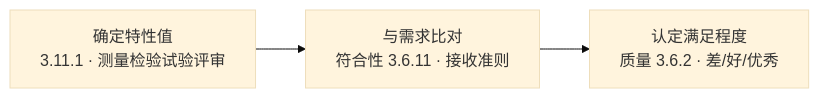
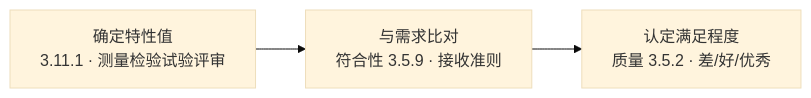
One commit to Yongjunzhou/AOS-system-design changed diagram 13 of 17 in 100-subprojects/01-系统工程研究/00-系统工程相关研究报告/01-设计开发概念研究报告-从需求到质量基座.md. Above: the diagram before and after it, drawn with Mermaid (base theme). The commit also changed other lines of this file and 38 other files, not shown here.

````diff
--- a/100-subprojects/01-系统工程研究/00-系统工程相关研究报告/01-设计开发概念研究报告-从需求到质量基座.md
+++ b/100-subprojects/01-系统工程研究/00-系统工程相关研究报告/01-设计开发概念研究报告-从需求到质量基座.md
@@ -584,5 +603,5 @@
 ```mermaid
 flowchart LR
-    A["确定特性值<br/>3.11.1 · 测量检验试验评审"] --> B["与需求比对<br/>符合性 3.6.11 · 接收准则"]
-    B --> C["认定满足程度<br/>质量 3.6.2 · 差/好/优秀"]
+    A["确定特性值<br/>3.11.1 · 测量检验试验评审"] --> B["与需求比对<br/>符合性 3.5.9 · 接收准则"]
+    B --> C["认定满足程度<br/>质量 3.5.2 · 差/好/优秀"]
 ```
````
